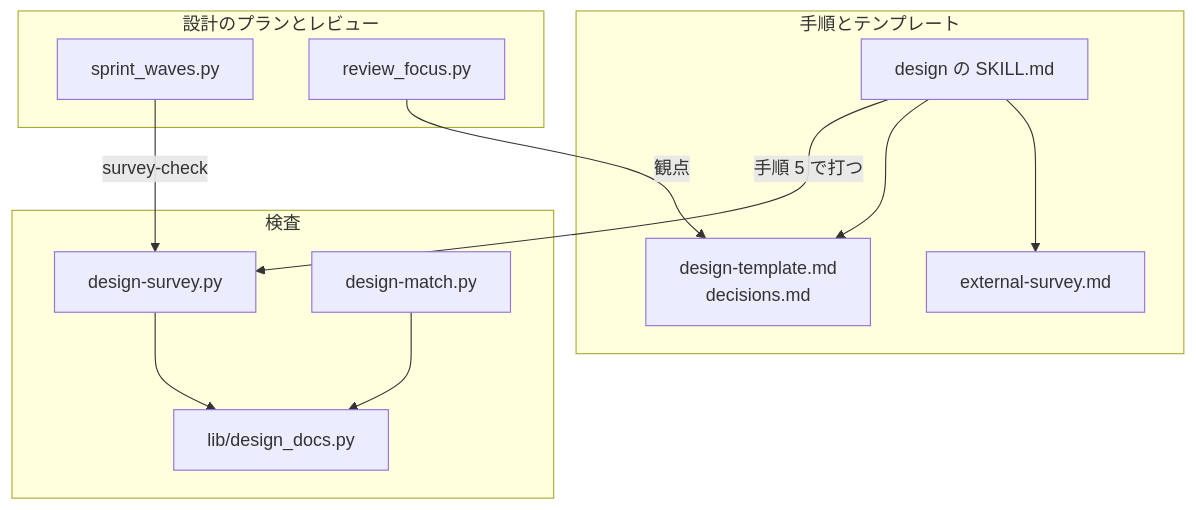
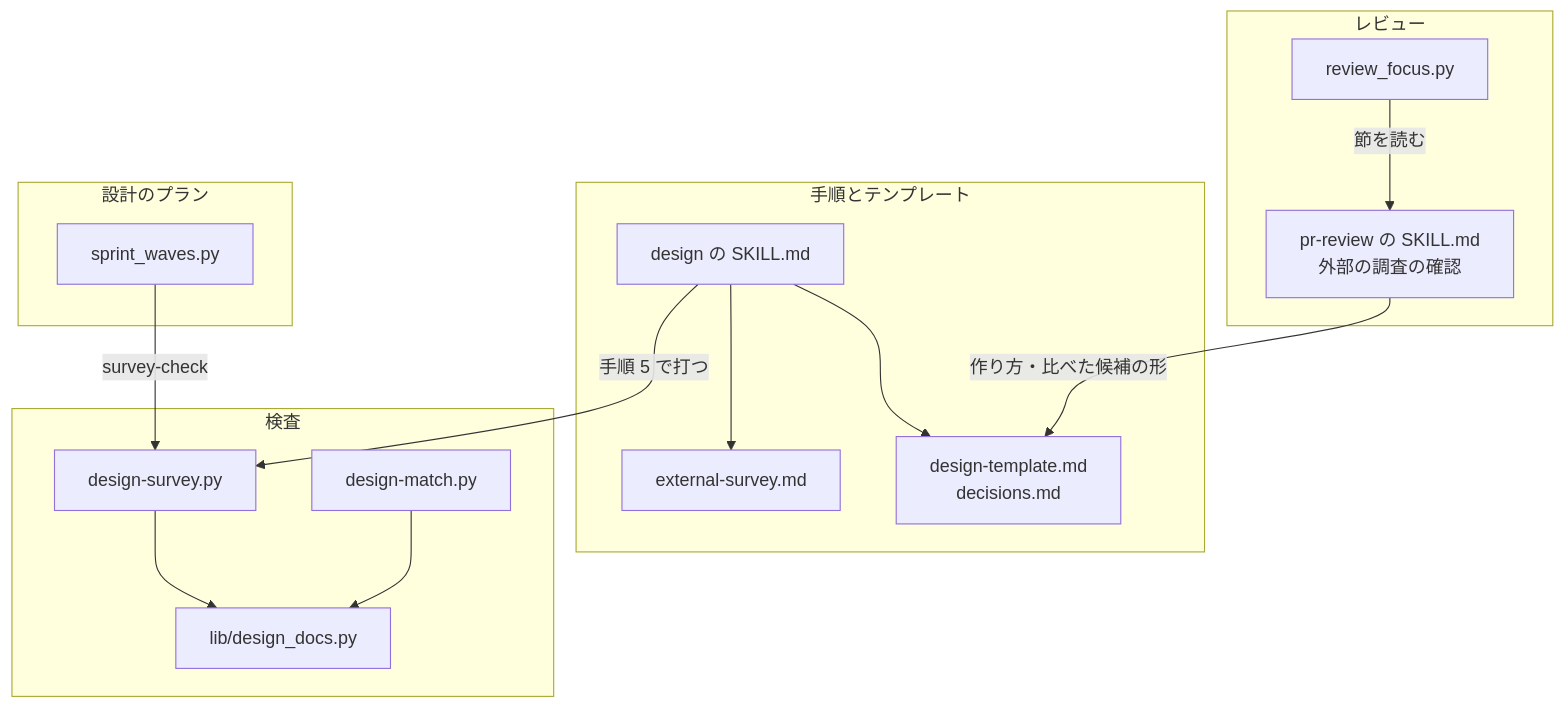
One commit to devbasex/ai-plugins changed the first of 4 diagrams in issues/issue-2519-design.md. Above: the diagram before and after it, drawn with Mermaid. The commit also changed other lines of this file and 1 other file, not shown here.

First line of the commit message:
Docs: #2519 の設計に、pr-review と cross-review での外部の調査の確認と実装の PR の分け方を足す

````diff
--- a/issues/issue-2519-design.md
+++ b/issues/issue-2519-design.md
@@ -144,24 +162,28 @@
 ```mermaid
 graph TD
     subgraph 手順とテンプレート
         SK[design の SKILL.md]
         ES[external-survey.md]
         TP[design-template.md<br/>decisions.md]
     end
     subgraph 検査
         DS[design-survey.py]
         DD[lib/design_docs.py]
         DM[design-match.py]
     end
-    subgraph 設計のプランとレビュー
+    subgraph 設計のプラン
         SW[sprint_waves.py]
+    end
+    subgraph レビュー
+        PR[pr-review の SKILL.md<br/>外部の調査の確認]
         RF[review_focus.py]
     end
     SK --> ES
     SK --> TP
     SK -->|手順 5 で打つ| DS
     SW -->|survey-check| DS
     DS --> DD
     DM --> DD
-    RF -->|観点| TP
+    RF -->|節を読む| PR
+    PR -->|作り方・比べた候補の形| TP
 ```
````
